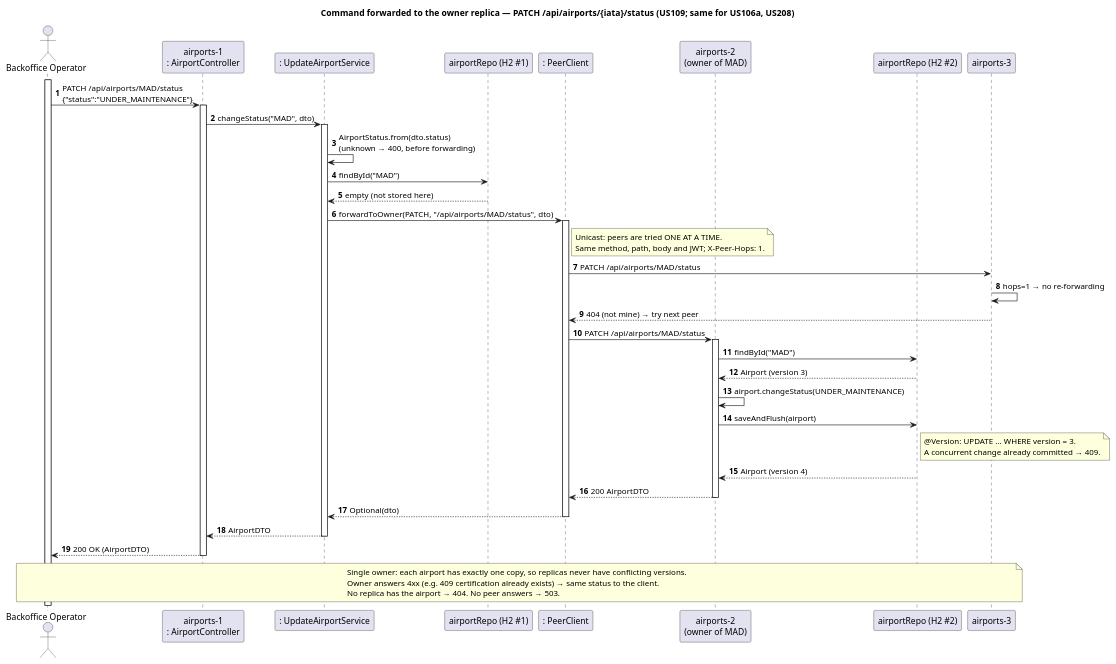
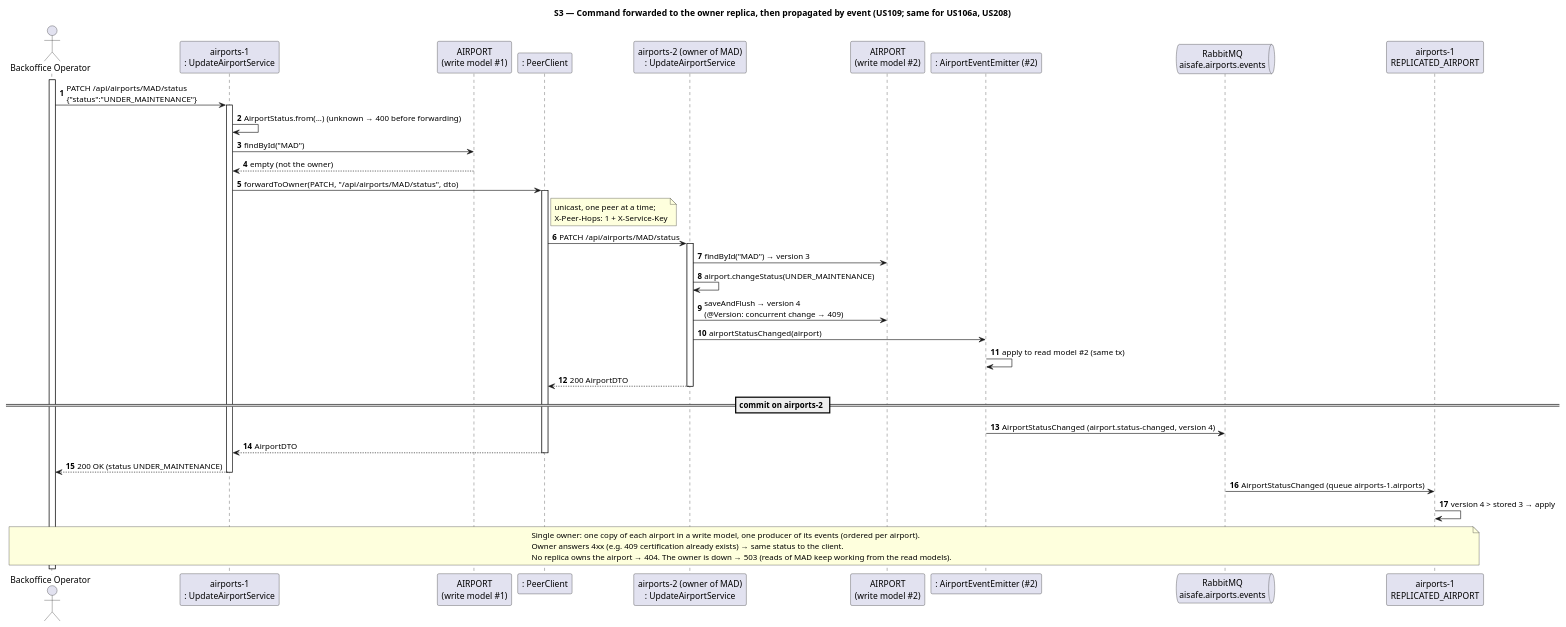
One commit to caetanotiago/Project_SIDIS changed the diagram in docs/5-scenarios/airports/puml/Airports-SD-OwnerCommand.puml. Above: the diagram before and after it, drawn with PlantUML. The commit also changed 25 other files, not shown here.

```diff
--- a/docs/5-scenarios/airports/puml/Airports-SD-OwnerCommand.puml
+++ b/docs/5-scenarios/airports/puml/Airports-SD-OwnerCommand.puml
@@ -1,56 +1,47 @@
 @startuml Airports-SD-OwnerCommand
 autonumber
-title Command forwarded to the owner replica — PATCH /api/airports/{iata}/status (US109; same for US106a, US208)
+title S3 — Command forwarded to the owner replica, then propagated by event (US109; same for US106a, US208)
 actor "Backoffice Operator" as BO
-participant "airports-1\n: AirportController" as Ctrl
-participant ": UpdateAirportService" as Service
-participant "airportRepo (H2 #1)" as Repo
+participant "airports-1\n: UpdateAirportService" as S1
+participant "AIRPORT\n(write model #1)" as W1
 participant ": PeerClient" as Peers
-participant "airports-2\n(owner of MAD)" as R2
-participant "airportRepo (H2 #2)" as Repo2
-participant "airports-3" as R3
+participant "airports-2 (owner of MAD)\n: UpdateAirportService" as S2
+participant "AIRPORT\n(write model #2)" as W2
+participant ": AirportEventEmitter (#2)" as E2
+queue "RabbitMQ\naisafe.airports.events" as MQ
+participant "airports-1\nREPLICATED_AIRPORT" as RM1
 
 activate BO
-BO -> Ctrl : PATCH /api/airports/MAD/status\n{"status":"UNDER_MAINTENANCE"}
-activate Ctrl
-Ctrl -> Service : changeStatus("MAD", dto)
-activate Service
-Service -> Service : AirportStatus.from(dto.status)\n(unknown → 400, before forwarding)
-Service -> Repo : findById("MAD")
-Repo --> Service : empty (not stored here)
+BO -> S1 : PATCH /api/airports/MAD/status\n{"status":"UNDER_MAINTENANCE"}
+activate S1
+S1 -> S1 : AirportStatus.from(...) (unknown → 400 before forwarding)
+S1 -> W1 : findById("MAD")
+W1 --> S1 : empty (not the owner)
+S1 -> Peers : forwardToOwner(PATCH, "/api/airports/MAD/status", dto)
+activate Peers
+note right of Peers : unicast, one peer at a time;\nX-Peer-Hops: 1 + X-Service-Key
+Peers -> S2 : PATCH /api/airports/MAD/status
+activate S2
+S2 -> W2 : findById("MAD") → version 3
+S2 -> S2 : airport.changeStatus(UNDER_MAINTENANCE)
+S2 -> W2 : saveAndFlush → version 4\n(@Version: concurrent change → 409)
+S2 -> E2 : airportStatusChanged(airport)
+E2 -> E2 : apply to read model #2 (same tx)
+S2 --> Peers : 200 AirportDTO
+deactivate S2
+== commit on airports-2 ==
+E2 -> MQ : AirportStatusChanged (airport.status-changed, version 4)
+Peers --> S1 : AirportDTO
+deactivate Peers
+S1 --> BO : 200 OK (status UNDER_MAINTENANCE)
+deactivate S1
 
-Service -> Peers : forwardToOwner(PATCH, "/api/airports/MAD/status", dto)
-activate Peers
-note right of Peers
-  Unicast: peers are tried ONE AT A TIME.
-  Same method, path, body and JWT; X-Peer-Hops: 1.
-end note
-Peers -> R3 : PATCH /api/airports/MAD/status
-R3 -> R3 : hops=1 → no re-forwarding
-R3 --> Peers : 404 (not mine) → try next peer
-Peers -> R2 : PATCH /api/airports/MAD/status
-activate R2
-R2 -> Repo2 : findById("MAD")
-Repo2 --> R2 : Airport (version 3)
-R2 -> R2 : airport.changeStatus(UNDER_MAINTENANCE)
-R2 -> Repo2 : saveAndFlush(airport)
-note right of Repo2
-  @Version: UPDATE ... WHERE version = 3.
-  A concurrent change already committed → 409.
-end note
-Repo2 --> R2 : Airport (version 4)
-R2 --> Peers : 200 AirportDTO
-deactivate R2
-Peers --> Service : Optional(dto)
-deactivate Peers
-Service --> Ctrl : AirportDTO
-deactivate Service
-Ctrl --> BO : 200 OK (AirportDTO)
-deactivate Ctrl
+MQ -> RM1 : AirportStatusChanged (queue airports-1.airports)
+RM1 -> RM1 : version 4 > stored 3 → apply
 
-note over BO, R3
-  Single owner: each airport has exactly one copy, so replicas never have conflicting versions.
+note over BO, RM1
+  Single owner: one copy of each airport in a write model, one producer of its events (ordered per airport).
   Owner answers 4xx (e.g. 409 certification already exists) → same status to the client.
-  No replica has the airport → 404. No peer answers → 503.
+  No replica owns the airport → 404. The owner is down → 503 (reads of MAD keep working from the read models).
 end note
 @enduml
```
